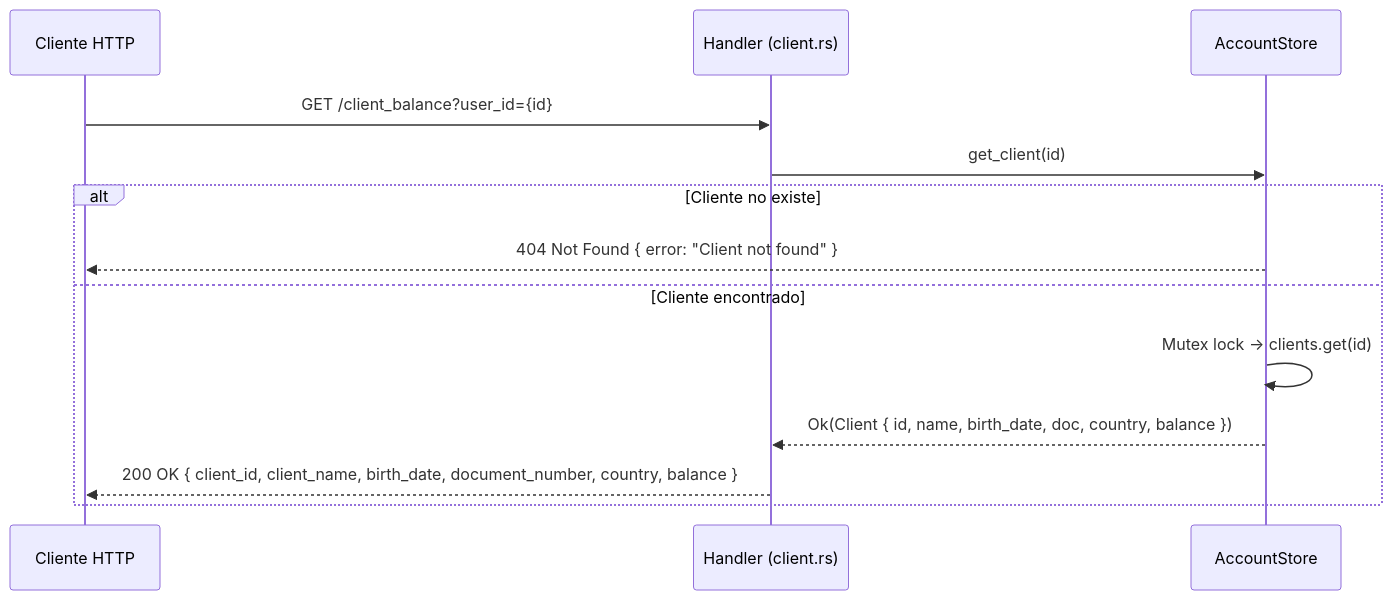
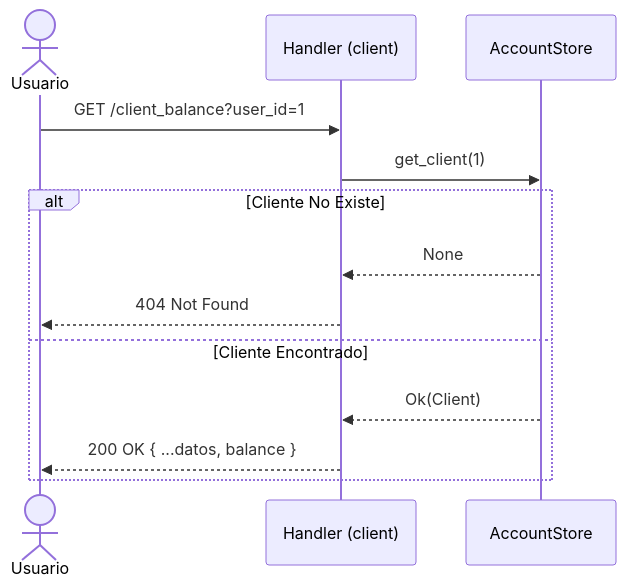
One commit to fkrause98/prex-challenge changed the sixth of 6 diagrams in README.md. Above: the diagram before and after it, drawn with Mermaid. The commit also changed other lines of this file and 4 other files, not shown here.

````diff
--- a/README.md
+++ b/README.md
@@ -272,17 +183,17 @@
 ```mermaid
 sequenceDiagram
-    participant C as Cliente HTTP
-    participant H as Handler (client.rs)
-    participant S as AccountStore
-
-    C->>H: GET /client_balance?user_id={id}
-    H->>S: get_client(id)
-
-    alt Cliente no existe
-        S-->>C: 404 Not Found { error: "Client not found" }
-    else Cliente encontrado
-        S->>S: Mutex lock → clients.get(id)
-        S-->>H: Ok(Client { id, name, birth_date, doc, country, balance })
-        H-->>C: 200 OK { client_id, client_name, birth_date, document_number, country, balance }
+    actor Usuario
+    participant API as Handler (client)
+    participant Store as AccountStore
+    
+    Usuario->>API: GET /client_balance?user_id=1
+    API->>Store: get_client(1)
+    
+    alt Cliente No Existe
+        Store-->>API: None
+        API-->>Usuario: 404 Not Found
+    else Cliente Encontrado
+        Store-->>API: Ok(Client)
+        API-->>Usuario: 200 OK { ...datos, balance }
     end
 ```
````
